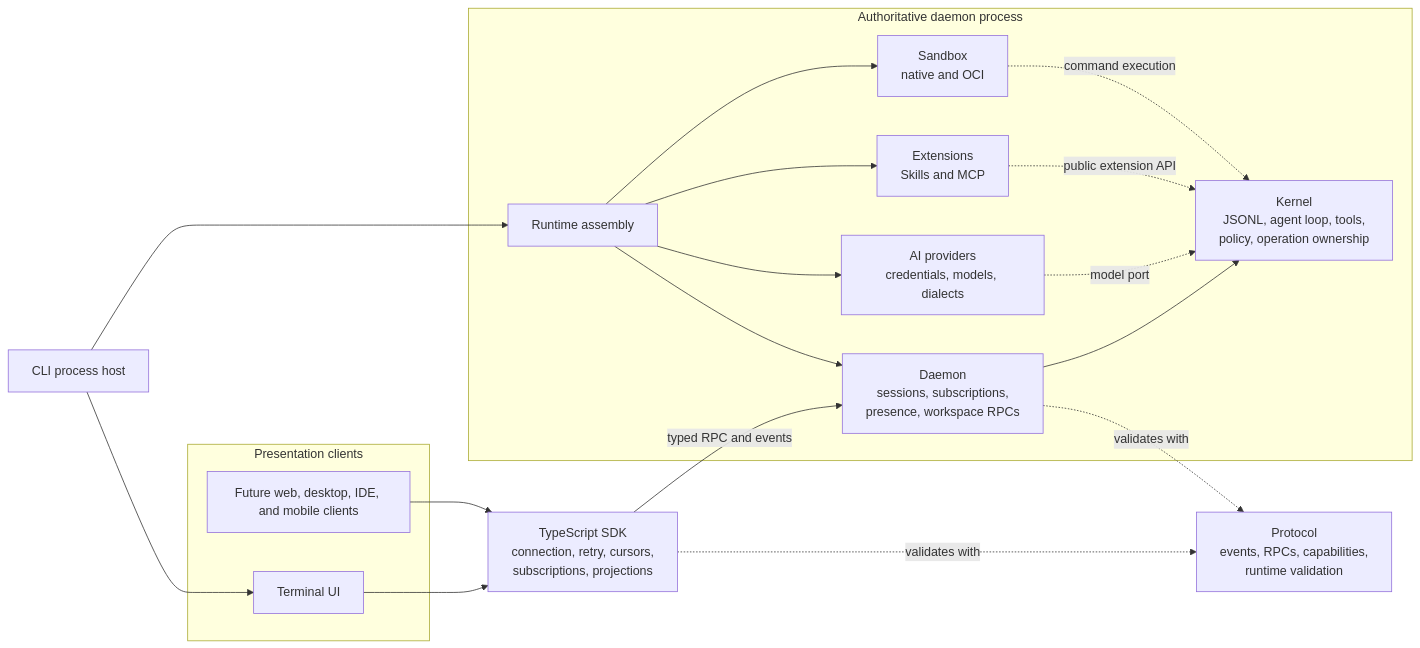
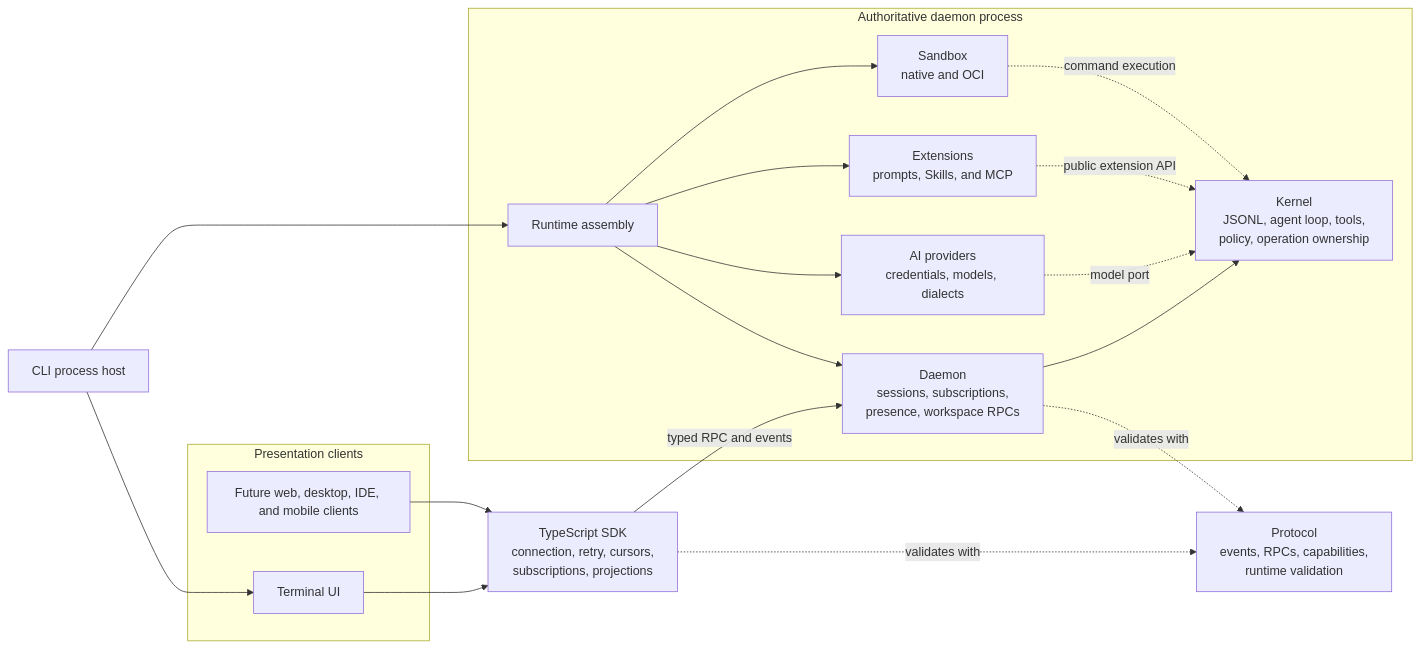
The diagram in README.md (Haz3-jolt/Axl), drawn with Mermaid before and after one commit. The commit also changed other lines of this file and 12 other files, not shown here.

````diff
--- a/README.md
+++ b/README.md
@@ -46,36 +60,36 @@
 ```mermaid
 flowchart LR
   subgraph Clients[Presentation clients]
     TUI[Terminal UI]
     Future[Future web, desktop, IDE, and mobile clients]
   end
 
   CLI[CLI process host]
   SDK[TypeScript SDK<br/>connection, retry, cursors,<br/>subscriptions, projections]
   Protocol[Protocol<br/>events, RPCs, capabilities,<br/>runtime validation]
 
   subgraph Authority[Authoritative daemon process]
     Runtime[Runtime assembly]
     Daemon[Daemon<br/>sessions, subscriptions,<br/>presence, workspace RPCs]
     Kernel[Kernel<br/>JSONL, agent loop, tools,<br/>policy, operation ownership]
     AI[AI providers<br/>credentials, models, dialects]
-    Extensions[Extensions<br/>Skills and MCP]
+    Extensions[Extensions<br/>prompts, Skills, and MCP]
     Sandbox[Sandbox<br/>native and OCI]
   end
 
   TUI --> SDK
   Future --> SDK
   SDK -->|typed RPC and events| Daemon
   SDK -. validates with .-> Protocol
   Daemon --> Kernel
   Daemon -. validates with .-> Protocol
   CLI --> Runtime
   CLI --> TUI
   Runtime --> Daemon
   Runtime --> AI
   Runtime --> Extensions
   Runtime --> Sandbox
   AI -. model port .-> Kernel
   Extensions -. public extension API .-> Kernel
   Sandbox -. command execution .-> Kernel
 ```
````
